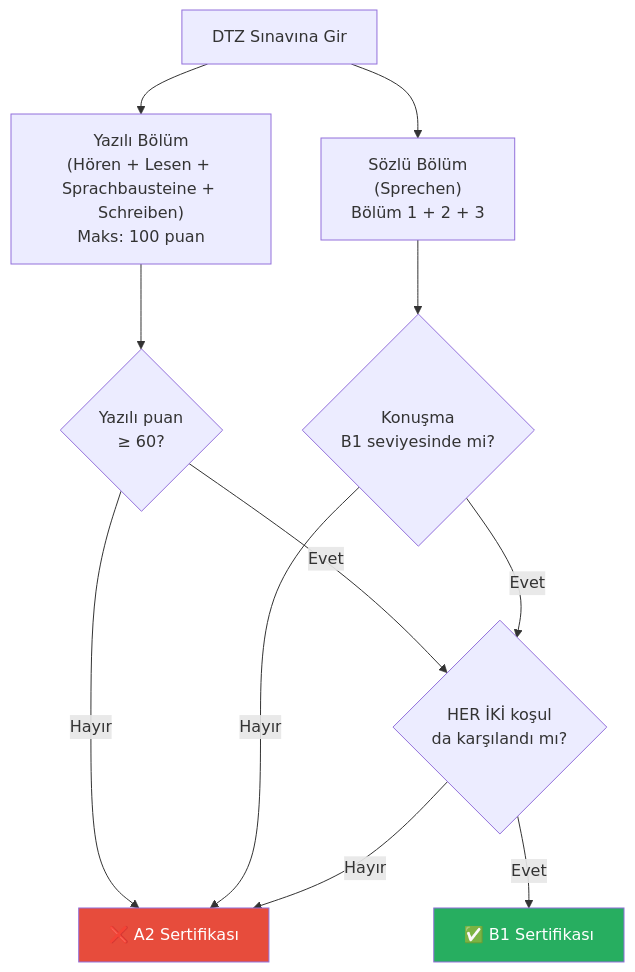
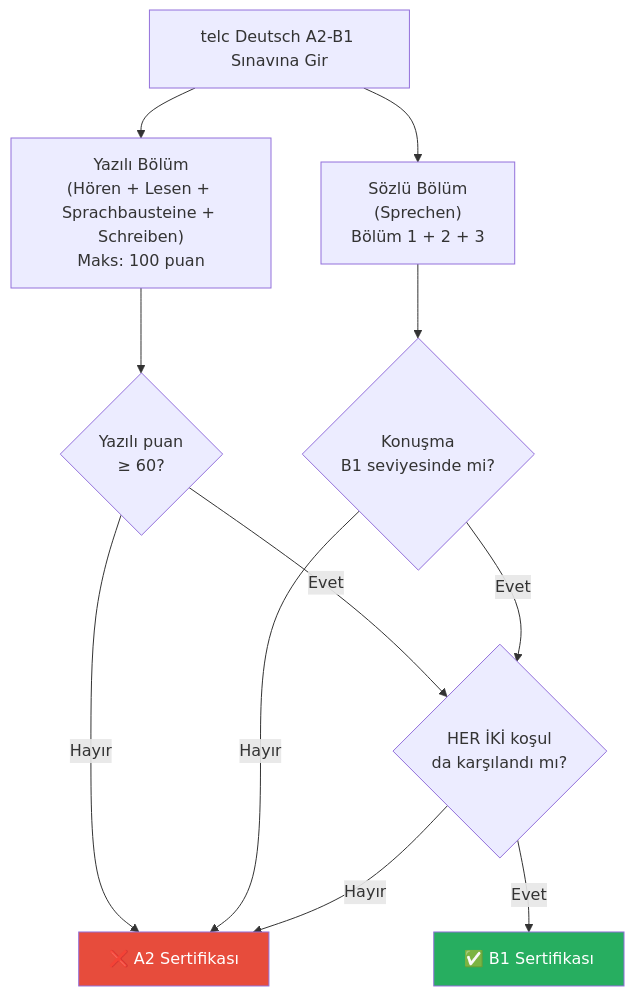
Before and after one commit to egeengin/DeutschLernen: the diagram in TELC_B1_Hazırlık/telc_b1_exam_guide.md, drawn with Mermaid. The commit also changed other lines of this file and 23 other files, not shown here.

Commit message:
refactor: rename DTZ to telc Deutsch A2-B1 and inject YouTube examiner strategies + references into generated modules

````diff
--- a/TELC_B1_Hazırlık/telc_b1_exam_guide.md
+++ b/TELC_B1_Hazırlık/telc_b1_exam_guide.md
@@ -26,15 +26,15 @@
 ```mermaid
 flowchart TD
-    A["DTZ Sınavına Gir"] --> B["Yazılı Bölüm\n(Hören + Lesen + Sprachbausteine + Schreiben)\nMaks: 100 puan"]
+    A["telc Deutsch A2-B1 Sınavına Gir"] --> B["Yazılı Bölüm\n(Hören + Lesen + Sprachbausteine + Schreiben)\nMaks: 100 puan"]
     A --> C["Sözlü Bölüm\n(Sprechen)\nBölüm 1 + 2 + 3"]
     B --> D{"Yazılı puan\n≥ 60?"}
     C --> E{"Konuşma\nB1 seviyesinde mi?"}
     D -- Hayır --> F["❌ A2 Sertifikası"]
     E -- Hayır --> F
     D -- Evet --> G{"HER İKİ koşul\nda karşılandı mı?"}
     E -- Evet --> G
     G -- Evet --> H["✅ B1 Sertifikası"]
     G -- Hayır --> F
     style H fill:#27ae60,color:#fff
     style F fill:#e74c3c,color:#fff
 ```
````
